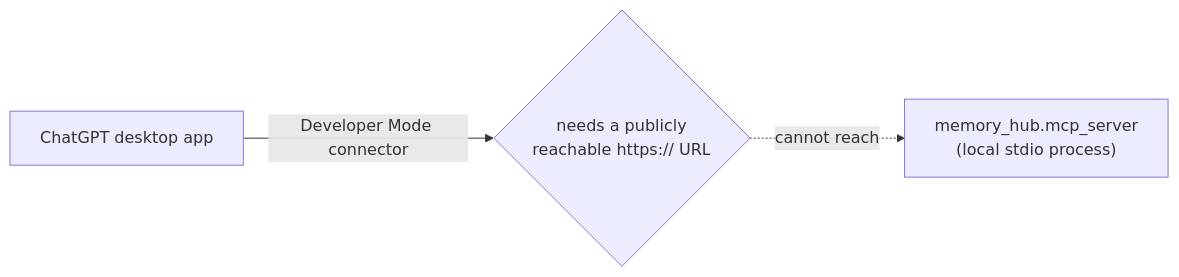
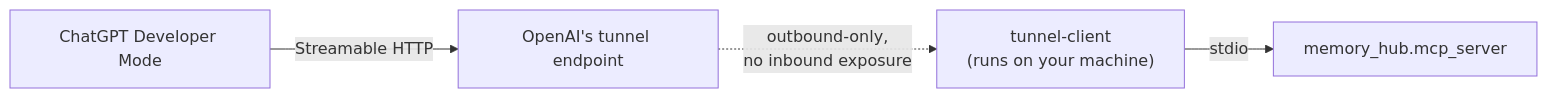
Before and after one commit to vib28/ai-memory-hub: the third of 5 diagrams in README.md, drawn with Mermaid. The commit also changed other lines of this file and 1 other file, not shown here.

First line of the commit message:
Correct ChatGPT connection docs: local MCP servers ARE supported

````diff
--- a/README.md
+++ b/README.md
@@ -179,5 +177,6 @@
 ```mermaid
 flowchart LR
-    G["ChatGPT desktop app"] -->|Developer Mode connector| Need{"needs a publicly<br/>reachable https:// URL"}
-    Need -.->|"cannot reach"| Local["memory_hub.mcp_server<br/>(local stdio process)"]
+    G["ChatGPT Developer Mode"] -->|Streamable HTTP| OA["OpenAI's tunnel endpoint"]
+    OA -.->|outbound-only,<br/>no inbound exposure| TC["tunnel-client<br/>(runs on your machine)"]
+    TC -->|stdio| Local["memory_hub.mcp_server"]
 ```
````
